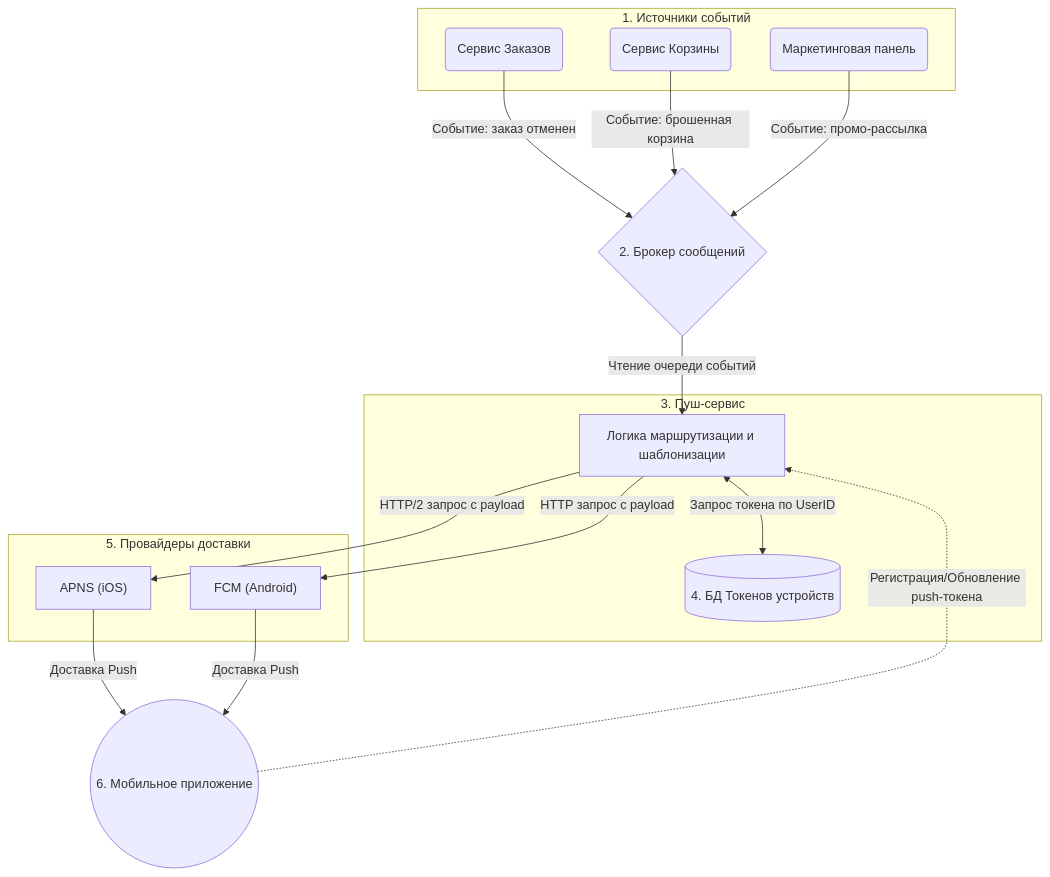
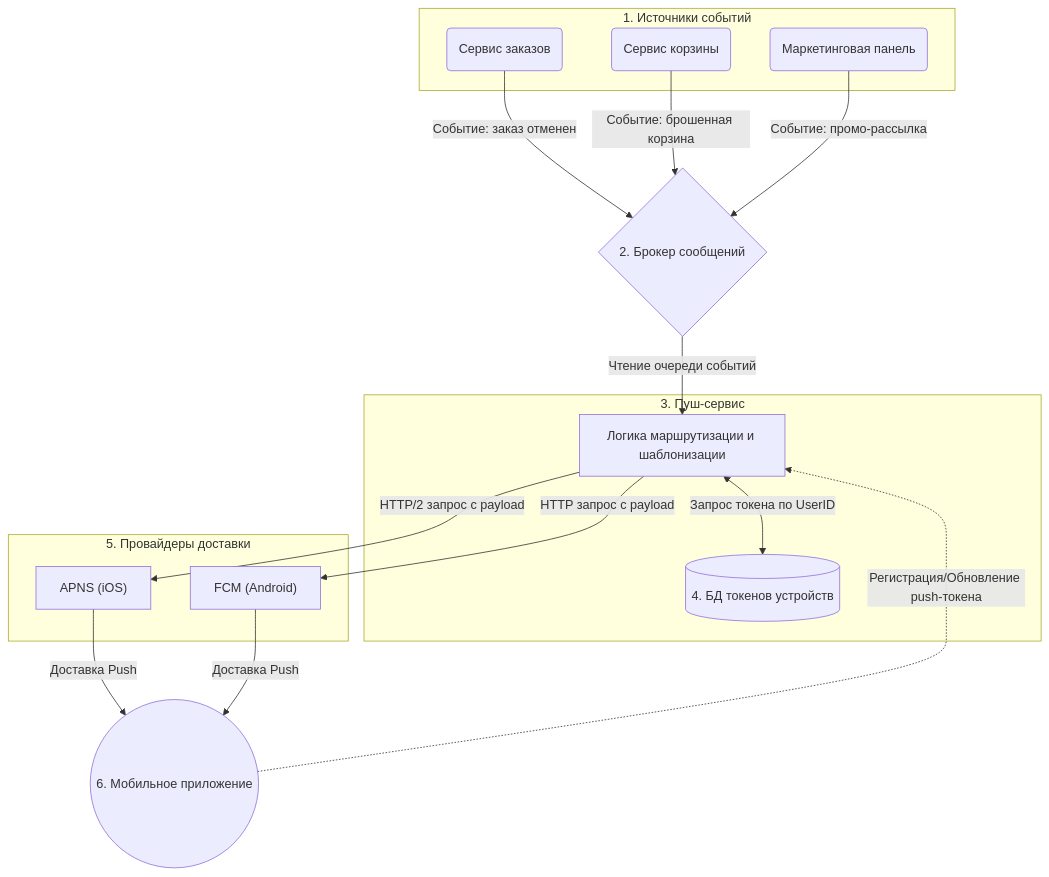
Before and after one commit to blondiiie/task-SA: the diagram in README.md, drawn with Mermaid.

````diff
--- a/README.md
+++ b/README.md
@@ -99,28 +99,28 @@
 ```mermaid
 graph TD
     subgraph Event_Sources [1. Источники событий]
-        OrderService(Сервис Заказов)
-        CartService(Сервис Корзины)
+        OrderService(Сервис заказов)
+        CartService(Сервис корзины)
         PromoPanel(Маркетинговая панель)
     end 
     Broker{"2. Брокер сообщений"}
     subgraph Notifications ["3. Пуш-сервис"]
         PushApp[Логика маршрутизации и шаблонизации]
-        TokenDB[("4. БД Токенов устройств")]
+        TokenDB[("4. БД токенов устройств")]
     end
     subgraph Providers [5. Провайдеры доставки]
         APNS["APNS (iOS)"]
         FCM["FCM (Android)"]
     end
     MobileApp(("6. Мобильное приложение"))
     OrderService -- "Событие: заказ отменен" --> Broker
     CartService -- "Событие: брошенная корзина" --> Broker
     PromoPanel -- "Событие: промо-рассылка" --> Broker
     Broker -- "Чтение очереди событий" --> PushApp
     MobileApp -. "Регистрация/Обновление push-токена" .-> PushApp
     PushApp <-->|Запрос токена по UserID| TokenDB
     PushApp -- "HTTP/2 запрос с payload" --> APNS
     PushApp -- "HTTP запрос с payload" --> FCM
     APNS -- "Доставка Push" --> MobileApp
     FCM -- "Доставка Push" --> MobileApp
 ```
````
